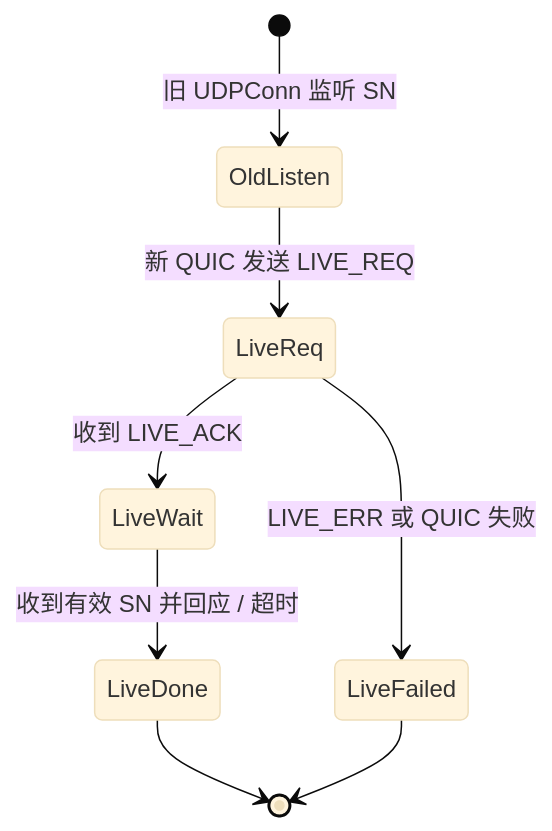
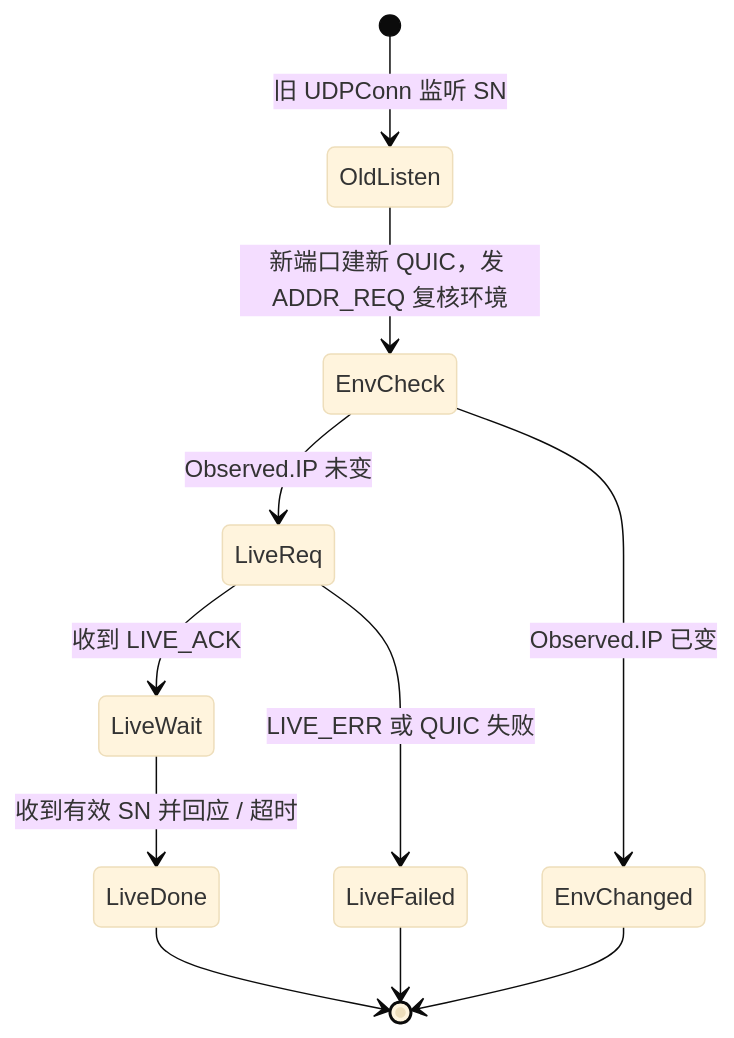
One commit to cxio/stun2 changed the third of 4 diagrams in docs/proposal/transaction-spec-v1.md. Above: the diagram before and after it, drawn with Mermaid (base theme). The commit also changed other lines of this file and 5 other files, not shown here.

Commit message:
文档整理；STUN:Live 添加环境验证；STUN:Addr 独立成文

````diff
--- a/docs/proposal/transaction-spec-v1.md
+++ b/docs/proposal/transaction-spec-v1.md
@@ -181,10 +192,13 @@
 ```mermaid
 stateDiagram-v2
     [*] --> OldListen: 旧 UDPConn 监听 SN
-    OldListen --> LiveReq: 新 QUIC 发送 LIVE_REQ
+    OldListen --> EnvCheck: 新端口建新 QUIC，发 ADDR_REQ 复核环境
+    EnvCheck --> LiveReq: Observed.IP 未变
+    EnvCheck --> EnvChanged: Observed.IP 已变
     LiveReq --> LiveWait: 收到 LIVE_ACK
     LiveReq --> LiveFailed: LIVE_ERR 或 QUIC 失败
     LiveWait --> LiveDone: 收到有效 SN 并回应 / 超时
     LiveDone --> [*]
     LiveFailed --> [*]
+    EnvChanged --> [*]
 ```
````
